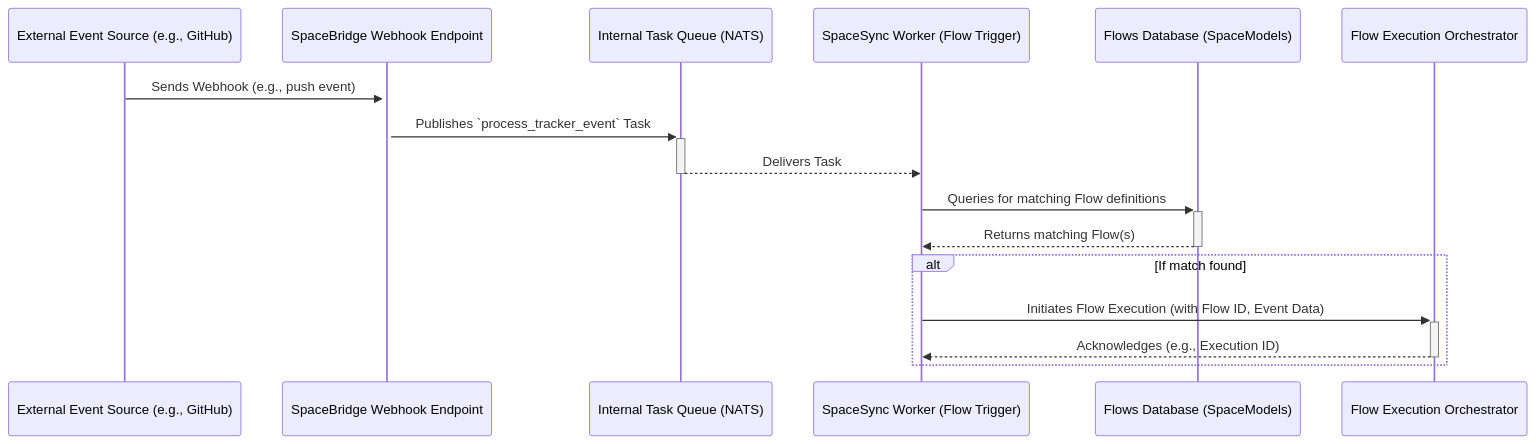
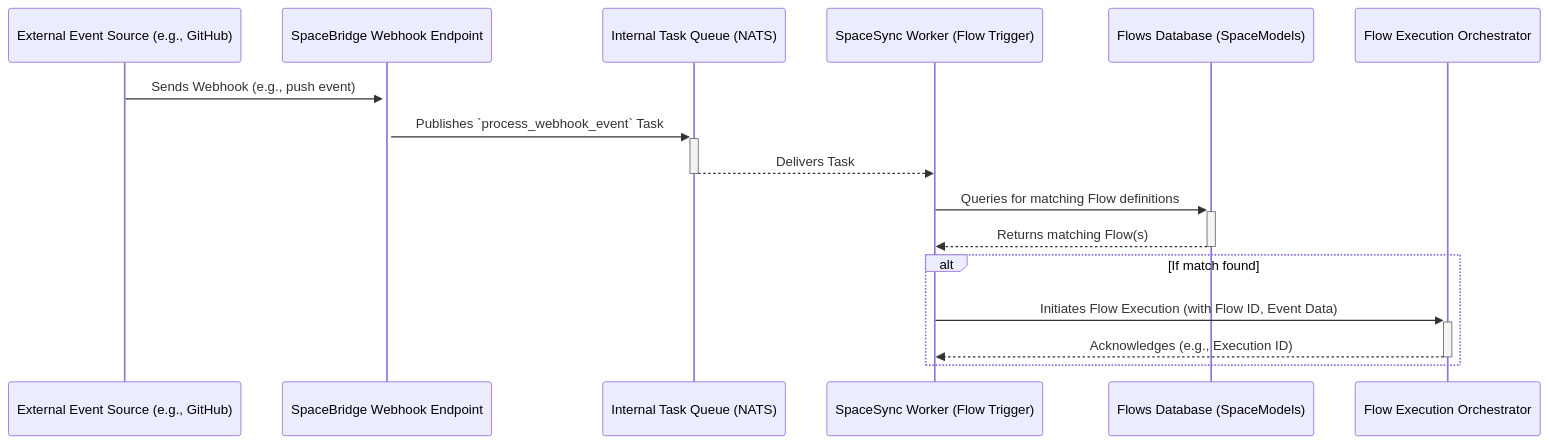
The fourth of 5 diagrams in ARCHITECTURE.md (GiorgosAlexakis/preloop), drawn with Mermaid before and after one commit. The commit also changed other lines of this file and 3 other files, not shown here.

````diff
--- a/ARCHITECTURE.md
+++ b/ARCHITECTURE.md
@@ -443,19 +443,19 @@
 ```mermaid
 sequenceDiagram
     participant ExtSrc as External Event Source (e.g., GitHub)
     participant WebhookEP as SpaceBridge Webhook Endpoint
     participant TaskQueue as Internal Task Queue (NATS)
     participant Worker as SpaceSync Worker (Flow Trigger)
     participant FlowsDB as Flows Database (SpaceModels)
     participant FlowExecOrch as Flow Execution Orchestrator
 
     ExtSrc->>+WebhookEP: Sends Webhook (e.g., push event)
-    WebhookEP->>+TaskQueue: Publishes `process_tracker_event` Task
+    WebhookEP->>+TaskQueue: Publishes `process_webhook_event` Task
     TaskQueue-->>-Worker: Delivers Task
     Worker->>+FlowsDB: Queries for matching Flow definitions
     FlowsDB-->>-Worker: Returns matching Flow(s)
     alt If match found
         Worker->>+FlowExecOrch: Initiates Flow Execution (with Flow ID, Event Data)
         FlowExecOrch-->>-Worker: Acknowledges (e.g., Execution ID)
     end
 ```
````
